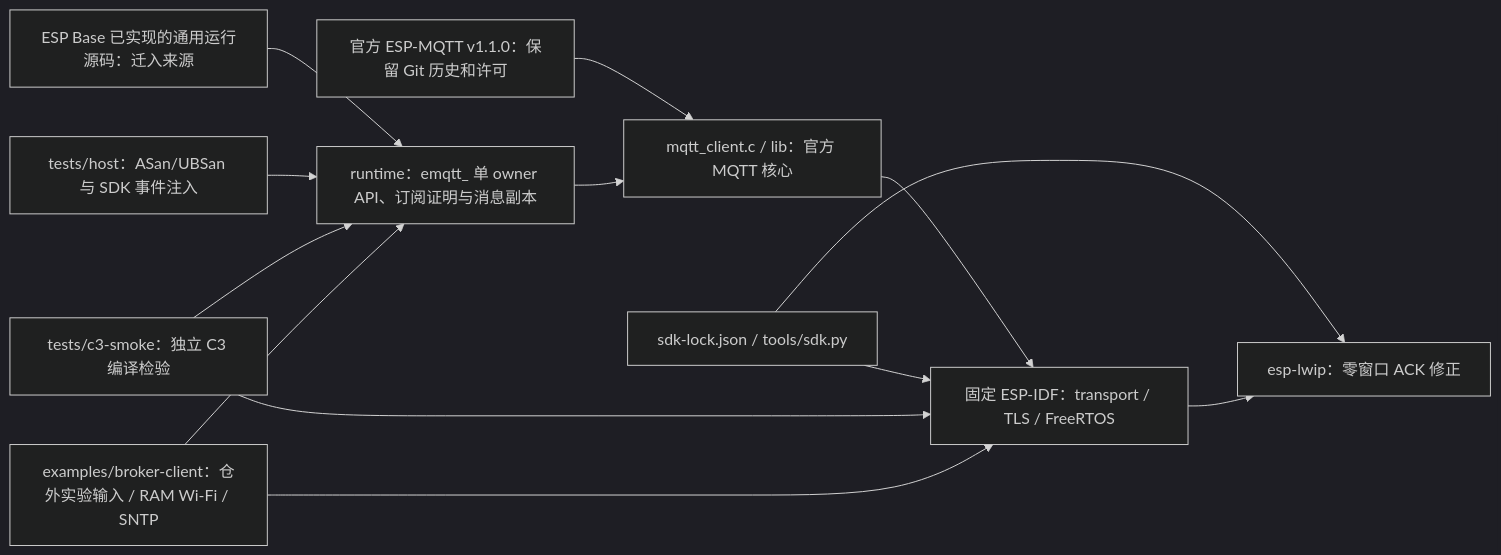
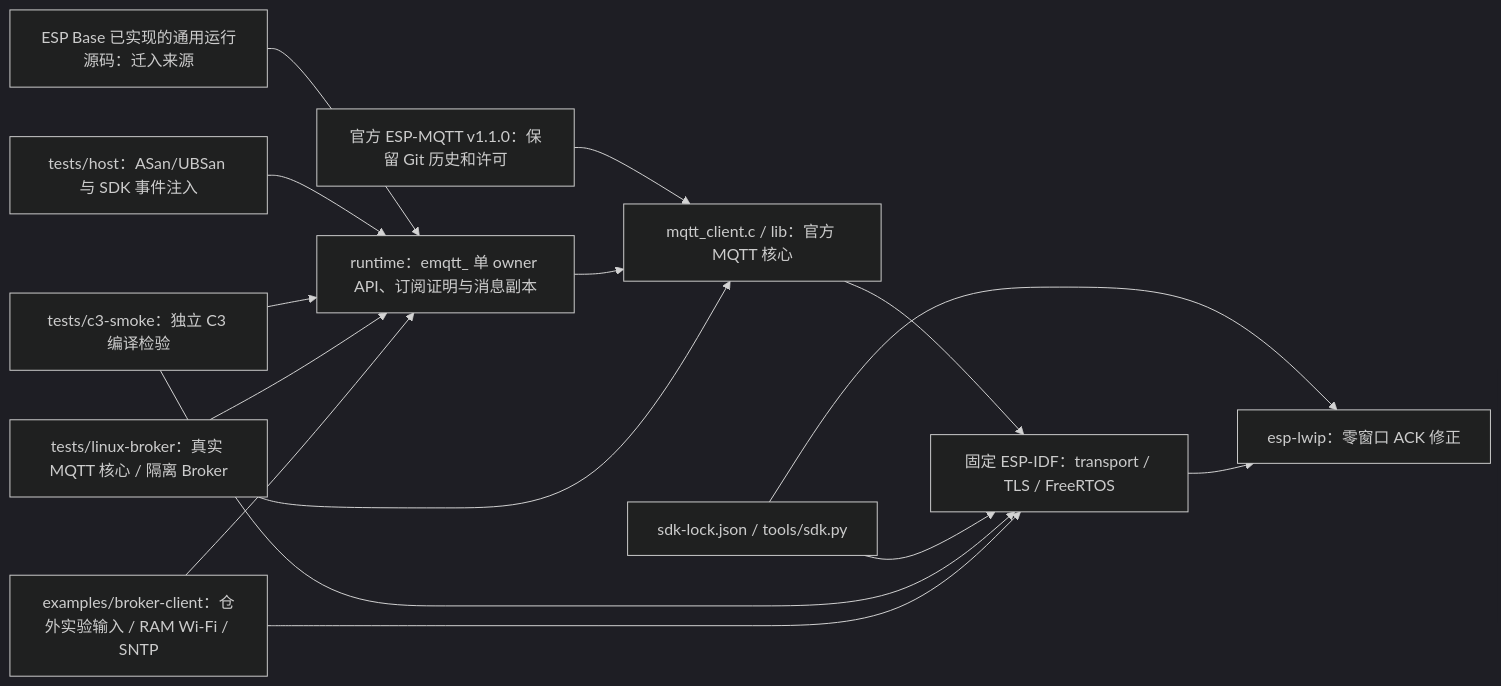
One commit to darren-you/esp-mqtt changed the diagram in README.md. Above: the diagram before and after it, drawn with Mermaid (dark theme). The commit also changed other lines of this file and 17 other files, not shown here.

````diff
--- a/README.md
+++ b/README.md
@@ -7,15 +7,17 @@
 ```mermaid
 flowchart LR
     upstream["官方 ESP-MQTT v1.1.0：保留 Git 历史和许可"] --> core["mqtt_client.c / lib：官方 MQTT 核心"]
     base["ESP Base 已实现的通用运行源码：迁入来源"] --> runtime["runtime：emqtt_ 单 owner API、订阅证明与消息副本"]
     runtime --> core
     core --> idf["固定 ESP-IDF：transport / TLS / FreeRTOS"]
     sdk["sdk-lock.json / tools/sdk.py"] --> idf
     sdk --> lwip["esp-lwip：零窗口 ACK 修正"]
     idf --> lwip
     host["tests/host：ASan/UBSan 与 SDK 事件注入"] --> runtime
     smoke["tests/c3-smoke：独立 C3 编译检验"] --> runtime
     smoke --> idf
+    linux["tests/linux-broker：真实 MQTT 核心 / 隔离 Broker"] --> runtime
+    linux --> core
     broker["examples/broker-client：仓外实验输入 / RAM Wi-Fi / SNTP"] --> runtime
     broker --> idf
 ```
````
